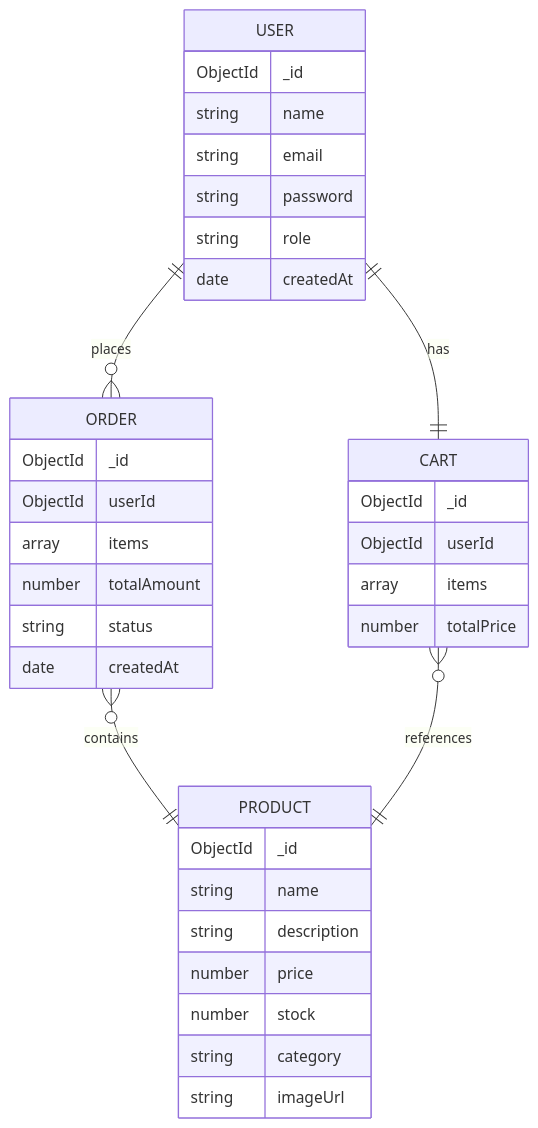
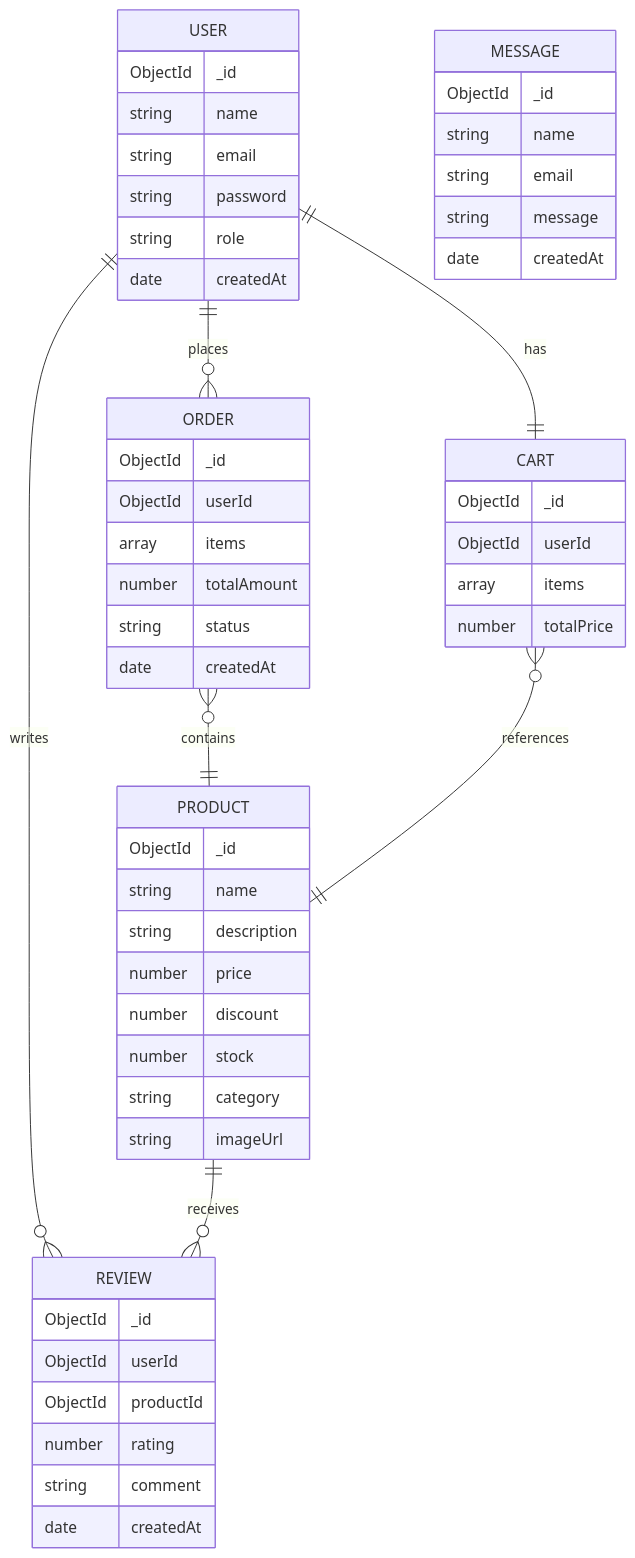
Before and after one commit to biplab-430/MERN-Ecomerce: the fourth of 4 diagrams in README.md, drawn with Mermaid. The commit also changed other lines of this file, not shown here.

````diff
--- a/README.md
+++ b/README.md
@@ -170,42 +152,62 @@
 ```mermaid
 erDiagram
     USER {
         ObjectId _id
         string name
         string email
         string password
         string role
         date createdAt
     }
 
     PRODUCT {
         ObjectId _id
         string name
         string description
         number price
+        number discount
         number stock
         string category
         string imageUrl
     }
 
     ORDER {
         ObjectId _id
         ObjectId userId
         array items
         number totalAmount
         string status
         date createdAt
     }
 
     CART {
         ObjectId _id
         ObjectId userId
         array items
         number totalPrice
     }
 
+    REVIEW {
+        ObjectId _id
+        ObjectId userId
+        ObjectId productId
+        number rating
+        string comment
+        date createdAt
+    }
+
+    MESSAGE {
+        ObjectId _id
+        string name
+        string email
+        string message
+        date createdAt
+    }
+
     USER ||--o{ ORDER : "places"
     USER ||--|| CART : "has"
+    USER ||--o{ REVIEW : "writes"
     ORDER }o--|| PRODUCT : "contains"
     CART }o--|| PRODUCT : "references"
+    PRODUCT ||--o{ REVIEW : "receives"
 ```
````
